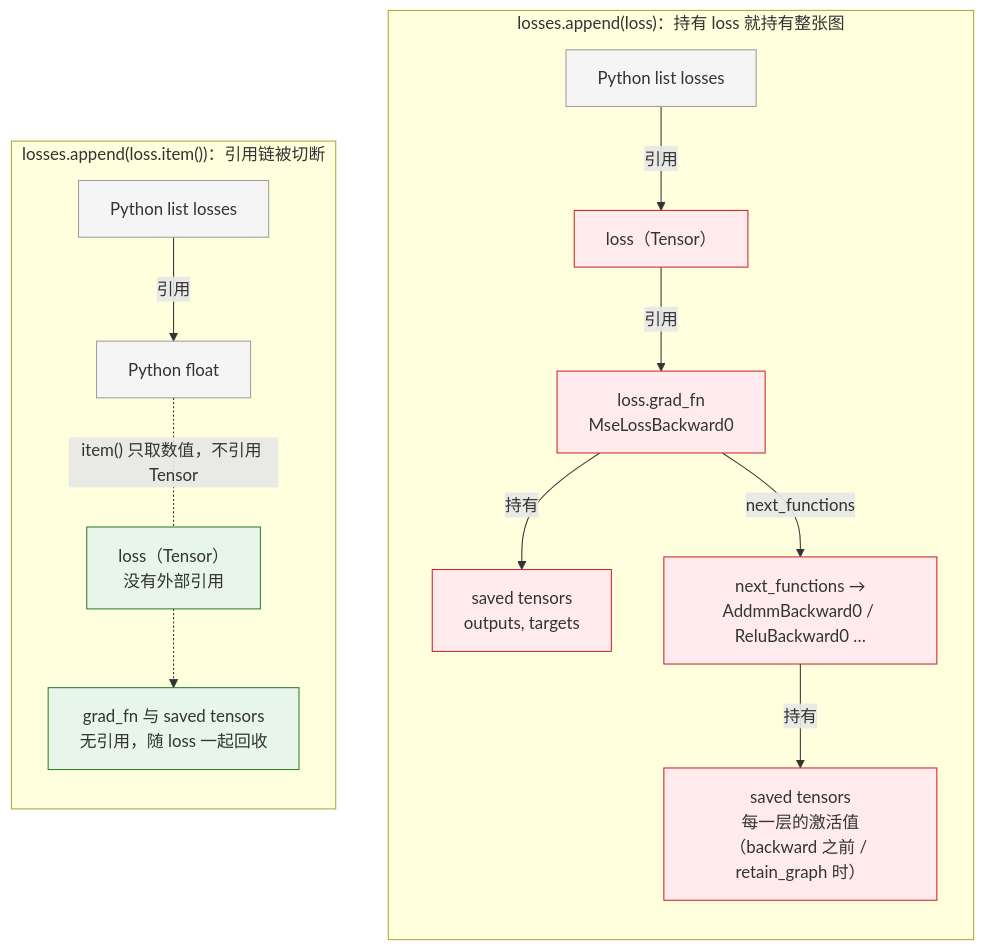
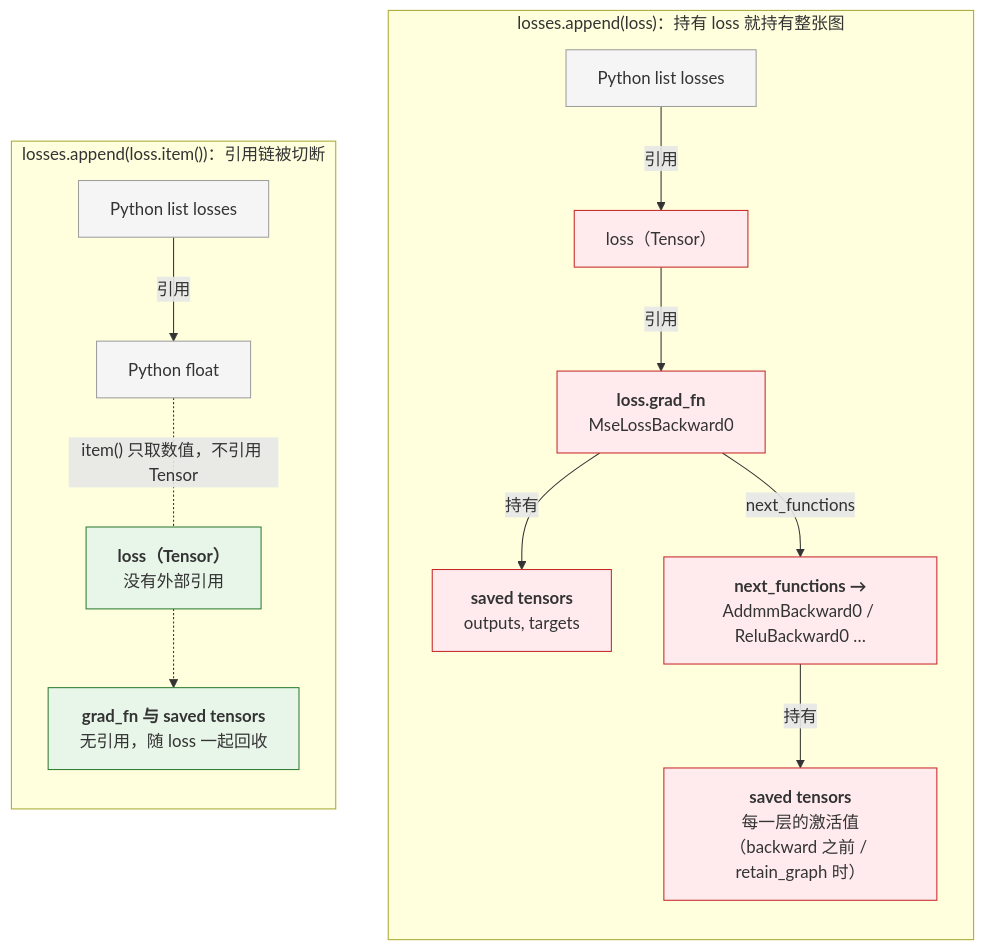
One commit to arganzheng/arganzheng.github.com changed the third of 4 diagrams in _posts/2026-02-19-pytorch-autograd-and-dynamic-computation-graph.md. Above: the diagram before and after it, drawn with Mermaid. The commit also changed other lines of this file and 10 other files, not shown here.

First line of the commit message:
PyTorch 深度实践：从 Tensor 到深度学习运行时：Mermaid 多行方框的首行标为标题（11 篇）

````diff
--- a/_posts/2026-02-19-pytorch-autograd-and-dynamic-computation-graph.md
+++ b/_posts/2026-02-19-pytorch-autograd-and-dynamic-computation-graph.md
@@ -550,34 +550,34 @@
 ```mermaid
 %% 图：持有 loss 就持有整张图：losses.append(loss) 与 append(loss.item()) 的引用链对比
 flowchart TB
     subgraph keep["losses.append(loss)：持有 loss 就持有整张图"]
         direction TB
         k_list["Python list losses"]
         k_loss["loss（Tensor）"]
-        k_fn["loss.grad_fn<br/>MseLossBackward0"]
-        k_sv1["saved tensors<br/>outputs, targets"]
-        k_fn2["next_functions →<br/>AddmmBackward0 / ReluBackward0 …"]
-        k_sv2["saved tensors<br/>每一层的激活值<br/>（backward 之前 / retain_graph 时）"]
+        k_fn["<b>loss.grad_fn</b><br/>MseLossBackward0"]
+        k_sv1["<b>saved tensors</b><br/>outputs, targets"]
+        k_fn2["<b>next_functions →</b><br/>AddmmBackward0 / ReluBackward0 …"]
+        k_sv2["<b>saved tensors</b><br/>每一层的激活值<br/>（backward 之前 / retain_graph 时）"]
         k_list -->|"引用"| k_loss
         k_loss -->|"引用"| k_fn
         k_fn -->|"持有"| k_sv1
         k_fn -->|"next_functions"| k_fn2
         k_fn2 -->|"持有"| k_sv2
     end
     subgraph free["losses.append(loss.item())：引用链被切断"]
         direction TB
         f_list["Python list losses"]
         f_val["Python float"]
-        f_loss["loss（Tensor）<br/>没有外部引用"]
-        f_graph["grad_fn 与 saved tensors<br/>无引用，随 loss 一起回收"]
+        f_loss["<b>loss（Tensor）</b><br/>没有外部引用"]
+        f_graph["<b>grad_fn 与 saved tensors</b><br/>无引用，随 loss 一起回收"]
         f_list -->|"引用"| f_val
         f_val -.-|"item() 只取数值，不引用 Tensor"| f_loss
         f_loss -.-> f_graph
     end
     classDef retained fill:#ffebee,stroke:#c62828;
     classDef released fill:#e8f5e9,stroke:#2e7d32;
     classDef plain fill:#f5f5f5,stroke:#9e9e9e;
     class k_loss,k_fn,k_sv1,k_fn2,k_sv2 retained;
     class f_loss,f_graph released;
     class k_list,f_list,f_val plain;
 ```
````
